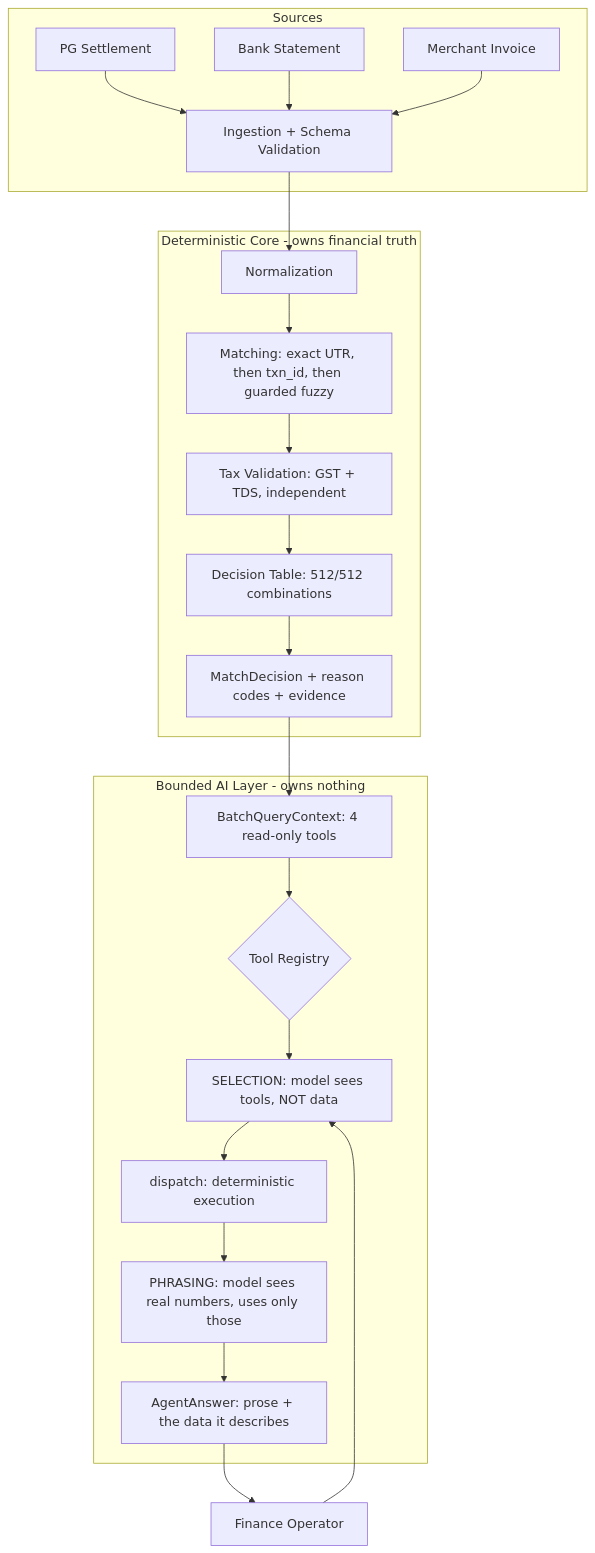
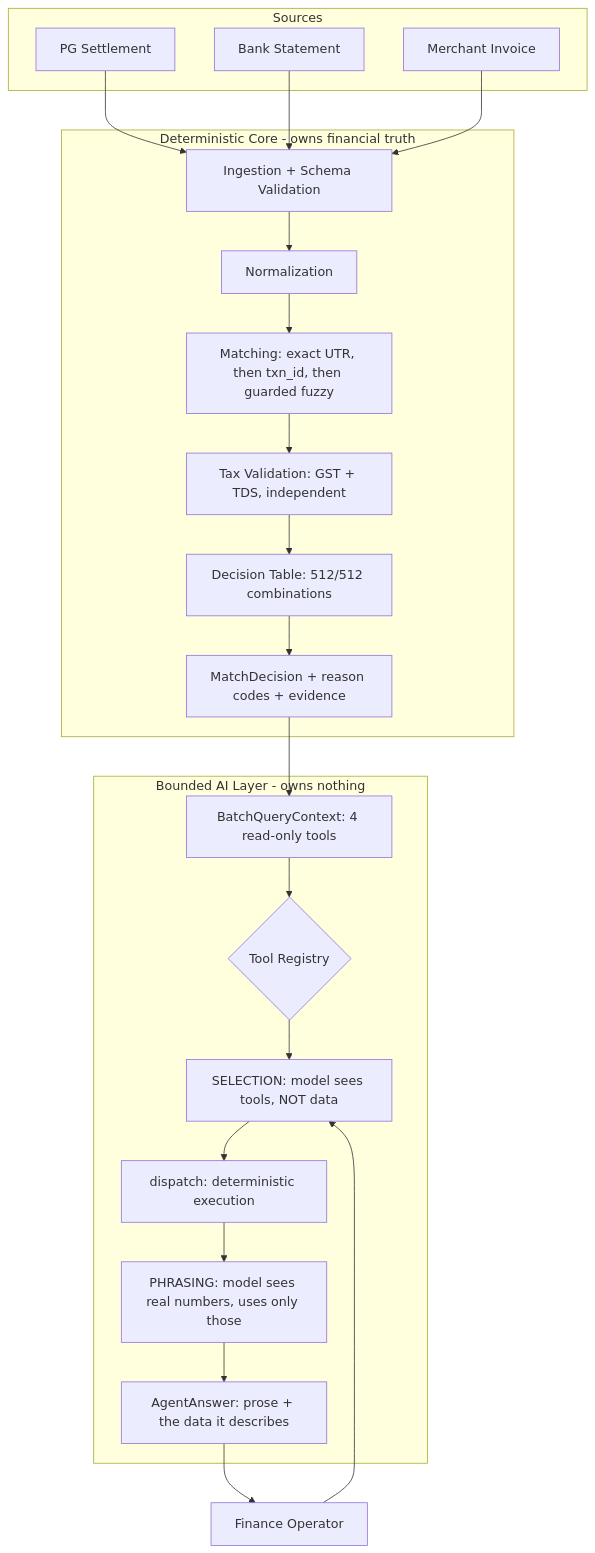
Before and after one commit to SuryaSK-dev/razorpay-ai-finance-controller: the diagram in README.md, drawn with Mermaid.

Commit message:
Fix formatting in README.md for Mermaid diagram

````diff
--- a/README.md
+++ b/README.md
@@ -38,28 +38,31 @@
 ```mermaid
 graph TB
     subgraph Sources
-        A1[PG Settlement] --> B1
-        A2[Bank Statement] --> B1
-        A3[Merchant Invoice] --> B1
+        A1[PG Settlement]
+        A2[Bank Statement]
+        A3[Merchant Invoice]
     end
 
     subgraph Deterministic["Deterministic Core - owns financial truth"]
         B1[Ingestion + Schema Validation] --> B2[Normalization]
         B2 --> B3[Matching: exact UTR, then txn_id, then guarded fuzzy]
         B3 --> B4[Tax Validation: GST + TDS, independent]
         B4 --> B5[Decision Table: 512/512 combinations]
         B5 --> B6[MatchDecision + reason codes + evidence]
     end
 
     subgraph Agent["Bounded AI Layer - owns nothing"]
-        B6 --> C1[BatchQueryContext: 4 read-only tools]
-        C1 --> C2{Tool Registry}
+        C1[BatchQueryContext: 4 read-only tools] --> C2{Tool Registry}
         C2 --> C3[SELECTION: model sees tools, NOT data]
         C3 --> C4[dispatch: deterministic execution]
         C4 --> C5[PHRASING: model sees real numbers, uses only those]
         C5 --> C6[AgentAnswer: prose + the data it describes]
     end
 
+    A1 --> B1
+    A2 --> B1
+    A3 --> B1
+    B6 --> C1
     D1[Finance Operator] --> C3
     C6 --> D1
 ```
````
